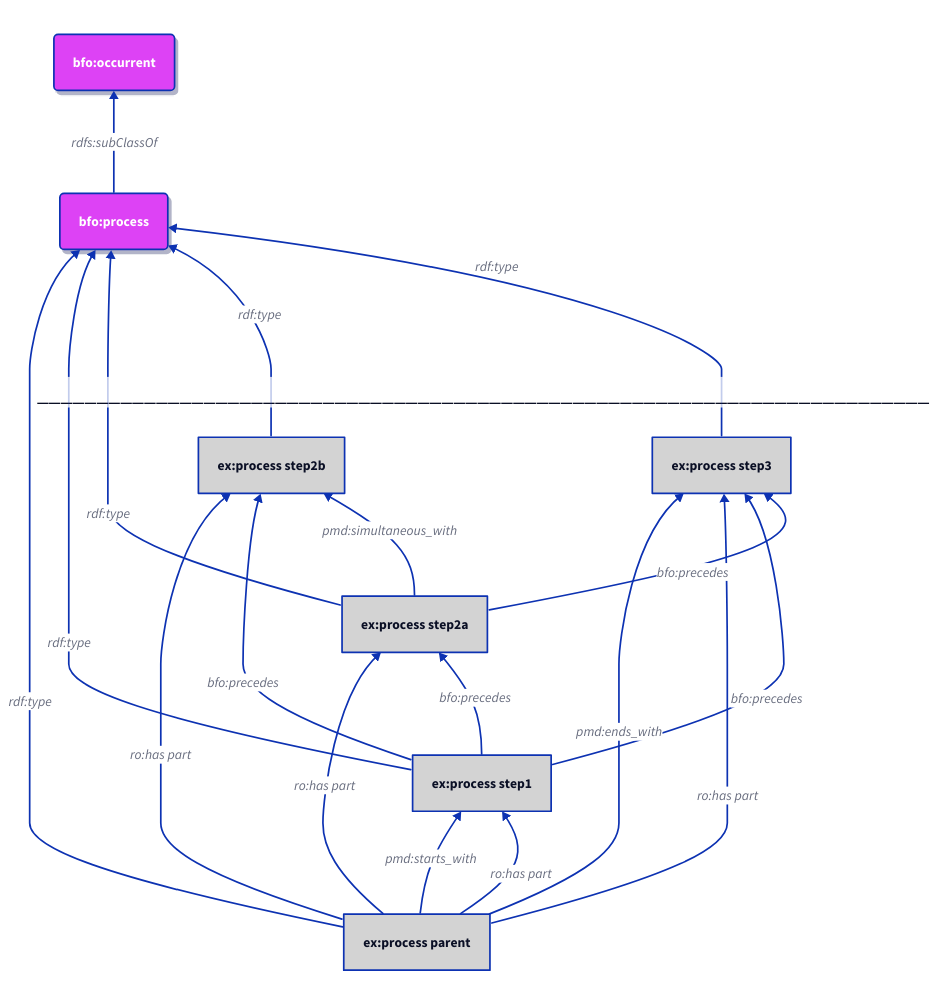
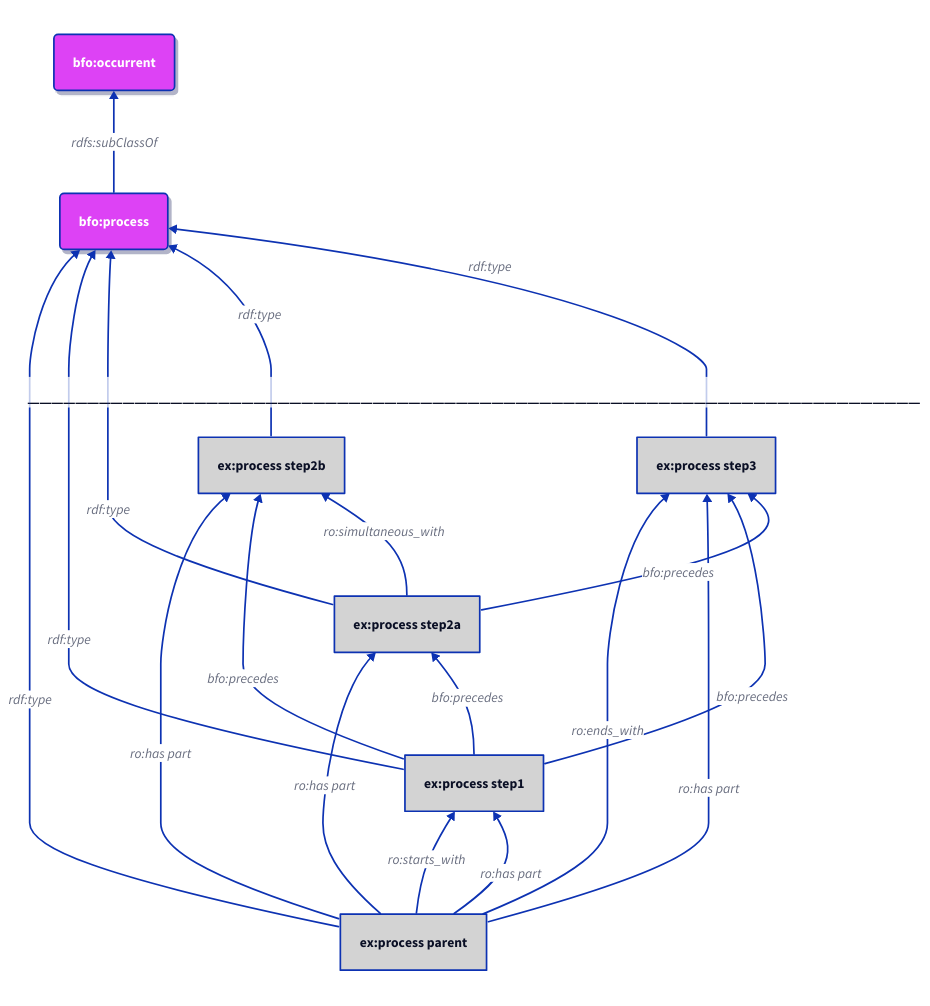
Before and after one commit to materialdigital/core-ontology: the second of 4 diagrams in docs/patterns.md, drawn with D2. The commit also changed other lines of this file and 1 other file, not shown here.

````diff
--- a/docs/patterns.md
+++ b/docs/patterns.md
@@ -130,55 +135,55 @@
 ```d2
 direction: up
 
 classes: {
   bfoclazz: {
     style: {
       fill: "#dd42f5"
       shadow: true
       border-radius: 5
       font-color: white
     }
   }
   individual: {
     style: {
       fill: "lightgrey"
     }
   }
 }
 tbox.bfo*.class: bfoclazz
 tbox.label: ""
 tbox: {
   "bfo:process" -> "bfo:occurrent": "rdfs:subClassOf"
 }
 
 tbox.style.stroke: transparent
 tbox.style.fill: transparent
 
 abox.ex*.class: individual
 abox.label: "___________________________________________________________________________"
 abox: {
-  "ex:process parent" -> "ex:process step1": "pmd:starts_with"
-  "ex:process parent" -> "ex:process step3": "pmd:ends_with"
+  "ex:process parent" -> "ex:process step1": "ro:starts_with"
+  "ex:process parent" -> "ex:process step3": "ro:ends_with"
 
   "ex:process parent" -> "ex:process step1": "ro:has part"
   "ex:process parent" -> "ex:process step2a": "ro:has part"
   "ex:process parent" -> "ex:process step2b": "ro:has part"
   "ex:process parent" -> "ex:process step3": "ro:has part"
 
   "ex:process step1" -> "ex:process step2a": "bfo:precedes"
   "ex:process step1" -> "ex:process step2b": "bfo:precedes"
   "ex:process step1" -> "ex:process step3": "bfo:precedes"
 
   "ex:process step2a" -> "ex:process step3": "bfo:precedes"
-  "ex:process step2a" -> "ex:process step2b": "pmd:simultaneous_with"
+  "ex:process step2a" -> "ex:process step2b": "ro:simultaneous_with"
 }
 
 abox.style.stroke: transparent
 abox.style.fill: transparent
 
 abox."ex:process parent" -> tbox."bfo:process": "rdf:type"
 abox."ex:process step1" -> tbox."bfo:process": "rdf:type"
 abox."ex:process step2a" -> tbox."bfo:process": "rdf:type"
 abox."ex:process step2b" -> tbox."bfo:process": "rdf:type"
 abox."ex:process step3" -> tbox."bfo:process": "rdf:type"
 ```
````
